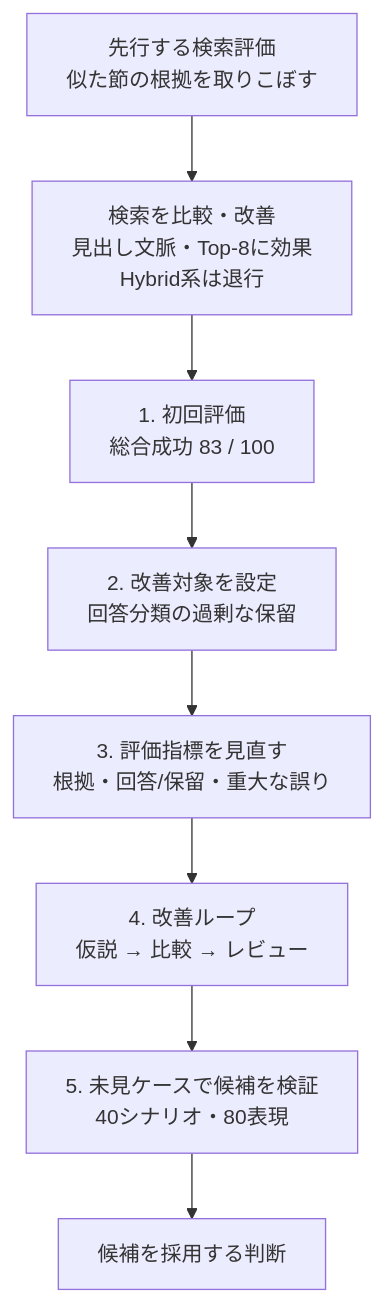
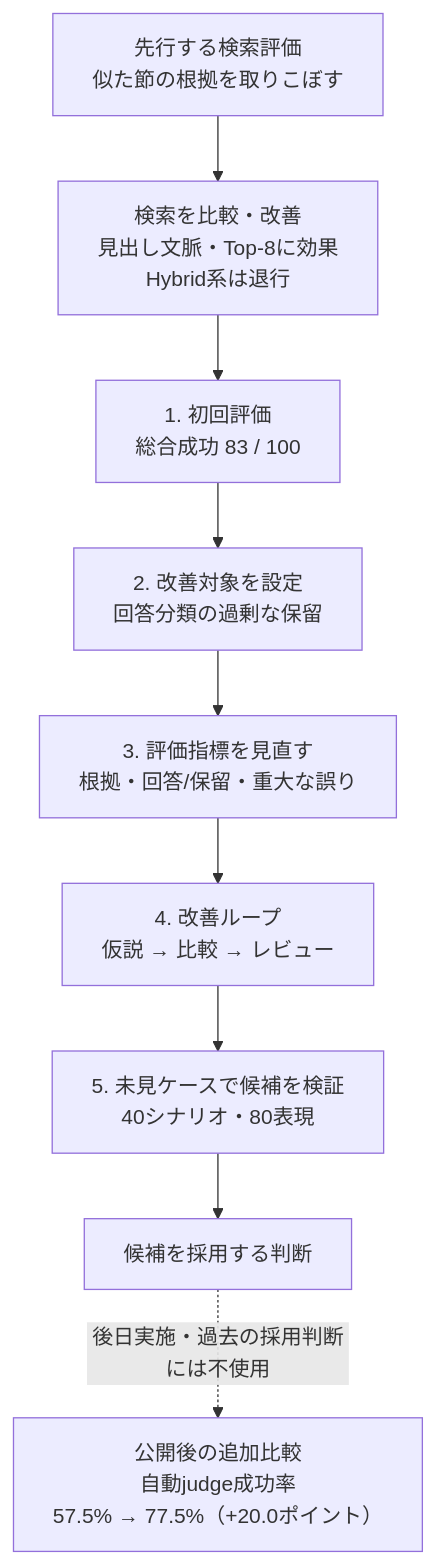
One commit to toko1970/municipal-rag-assistant changed the second of 2 diagrams in README.md. Above: the diagram before and after it, drawn with Mermaid. The commit also changed other lines of this file and 4 other files, not shown here.

````diff
--- a/README.md
+++ b/README.md
@@ -70,13 +70,15 @@
 ```mermaid
 %%{init: {"flowchart": {"wrappingWidth": 300, "minNodeWidth": 260}}}%%
 flowchart TD
     S[先行する検索評価<br/>似た節の根拠を取りこぼす]
     T[検索を比較・改善<br/>見出し文脈・Top-8に効果<br/>Hybrid系は退行]
     A[1. 初回評価<br/>総合成功 83 / 100]
     B[2. 改善対象を設定<br/>回答分類の過剰な保留]
     C[3. 評価指標を見直す<br/>根拠・回答/保留・重大な誤り]
     D[4. 改善ループ<br/>仮説 → 比較 → レビュー]
     E[5. 未見ケースで候補を検証<br/>40シナリオ・80表現]
     F[候補を採用する判断]
+    G[公開後の追加比較<br/>自動judge成功率<br/>57.5% → 77.5%（+20.0ポイント）]
     S --> T --> A --> B --> C --> D --> E --> F
+    F -. 後日実施・過去の採用判断には不使用 .-> G
 ```
````
